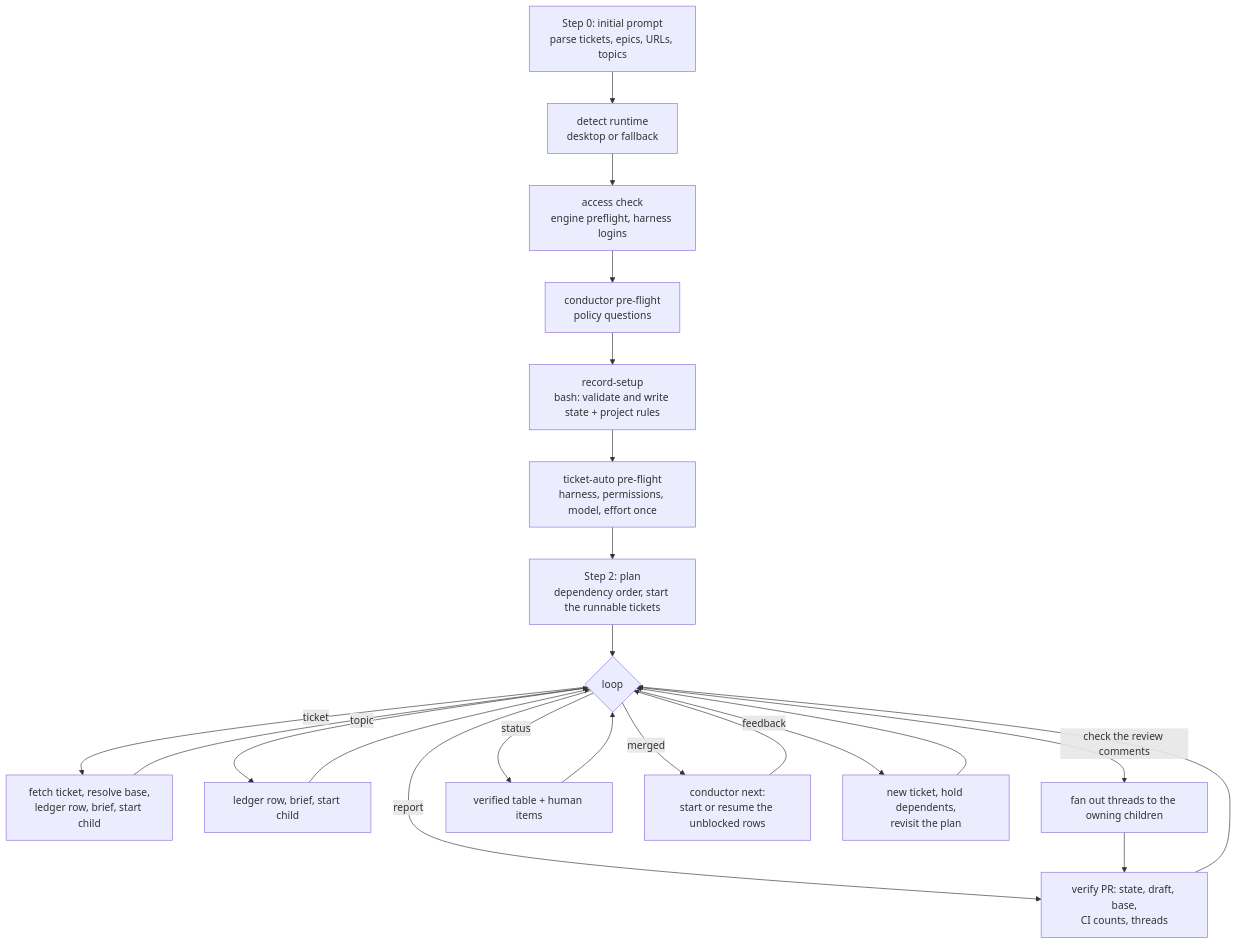
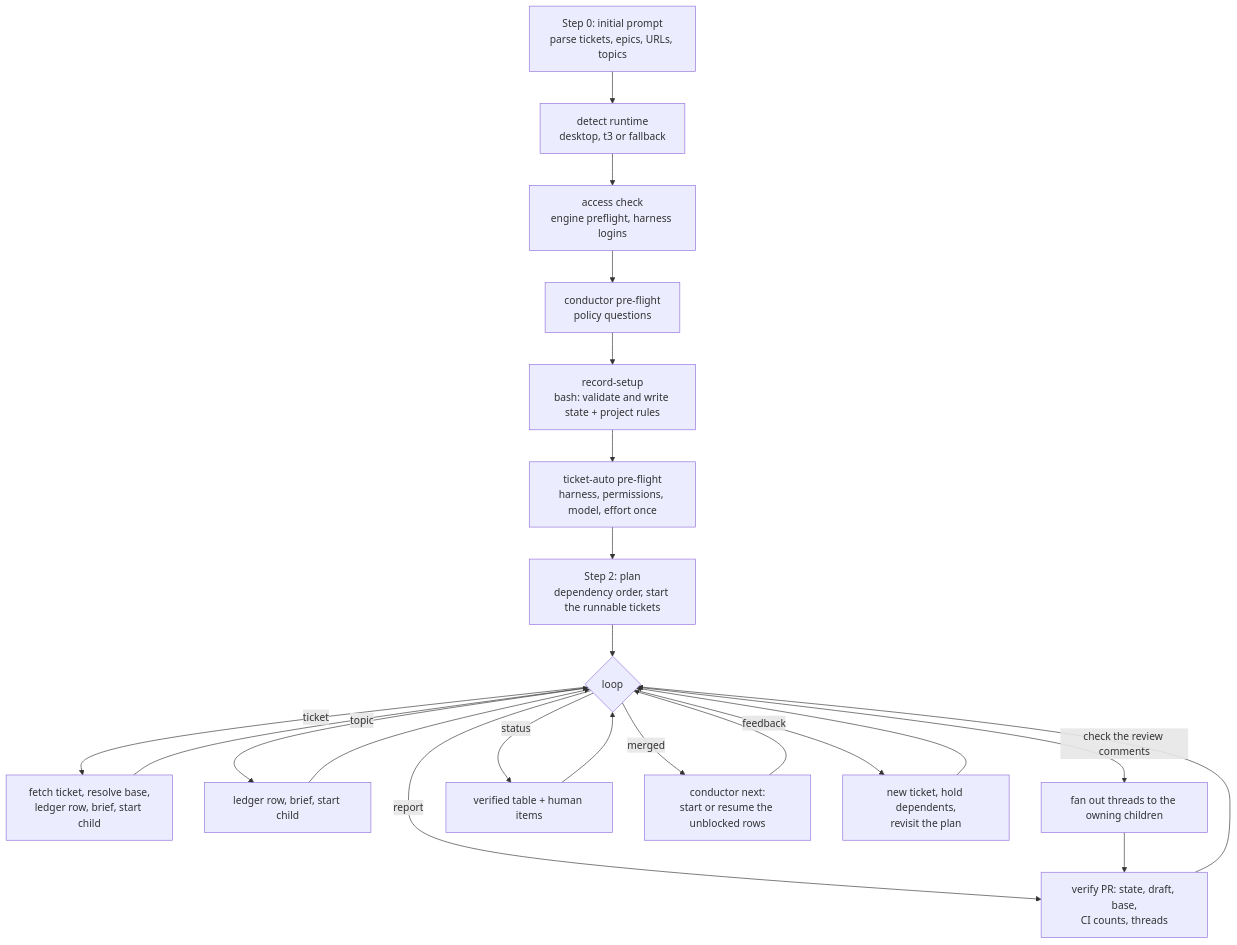
The diagram in plugins/wise/workflows/conductor/README.md (e1024kb/wise-claude), drawn with Mermaid before and after one commit. The commit also changed other lines of this file and 8 other files, not shown here.

````diff
--- a/plugins/wise/workflows/conductor/README.md
+++ b/plugins/wise/workflows/conductor/README.md
@@ -75,24 +75,24 @@
 ```mermaid
 flowchart TD
-    P[Step 0: initial prompt<br/>parse tickets, epics, URLs, topics] --> M[detect runtime<br/>desktop or fallback]
+    P[Step 0: initial prompt<br/>parse tickets, epics, URLs, topics] --> M[detect runtime<br/>desktop, t3 or fallback]
     M --> A[access check<br/>engine preflight, harness logins]
     A --> S1[conductor pre-flight<br/>policy questions]
     S1 --> R[record-setup<br/>bash: validate and write state + project rules]
     R --> S2[ticket-auto pre-flight<br/>harness, permissions, model, effort once]
     S2 --> N[Step 2: plan<br/>dependency order, start the runnable tickets]
     N --> L{loop}
     L -->|ticket| T[fetch ticket, resolve base,<br/>ledger row, brief, start child]
     L -->|topic| O[ledger row, brief, start child]
     L -->|report| V[verify PR: state, draft, base,<br/>CI counts, threads]
     L -->|check the review comments| F[fan out threads to the owning children]
     L -->|status| ST[verified table + human items]
     L -->|merged| NX[conductor next:<br/>start or resume the unblocked rows]
     L -->|feedback| RP[new ticket, hold dependents,<br/>revisit the plan]
     NX --> L
     RP --> L
     T --> L
     O --> L
     V --> L
     F --> V
     ST --> L
 ```
````
